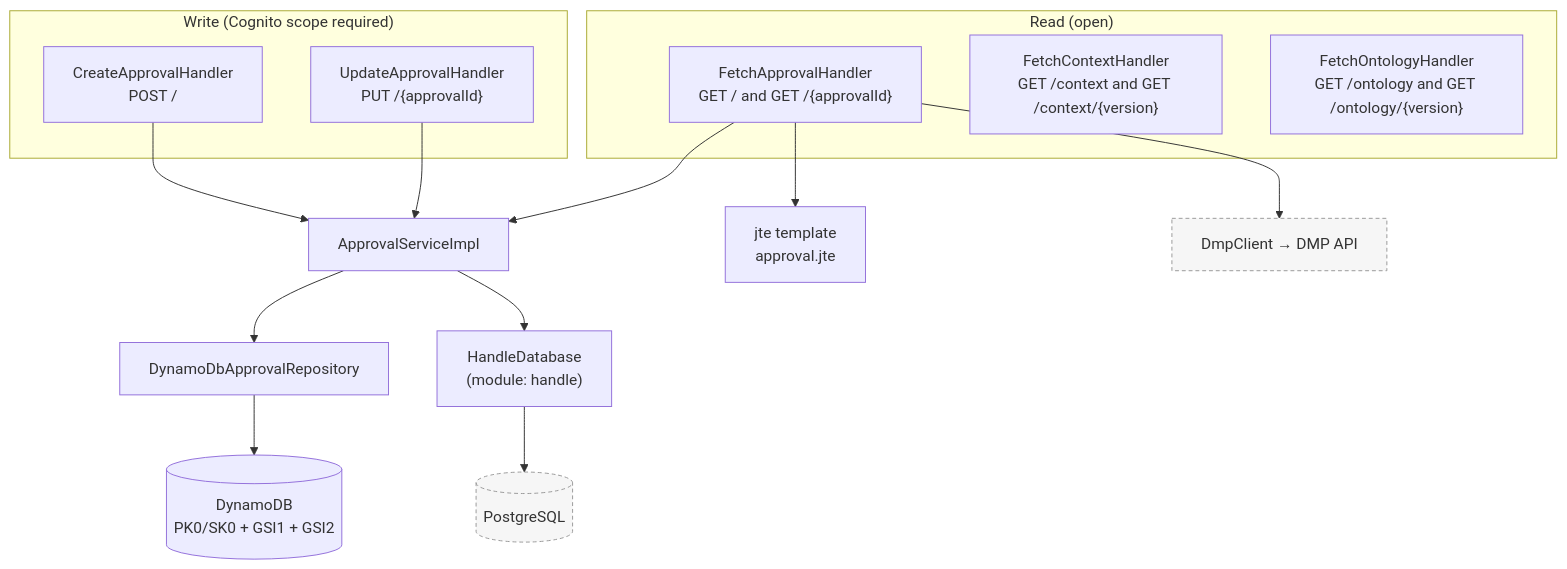
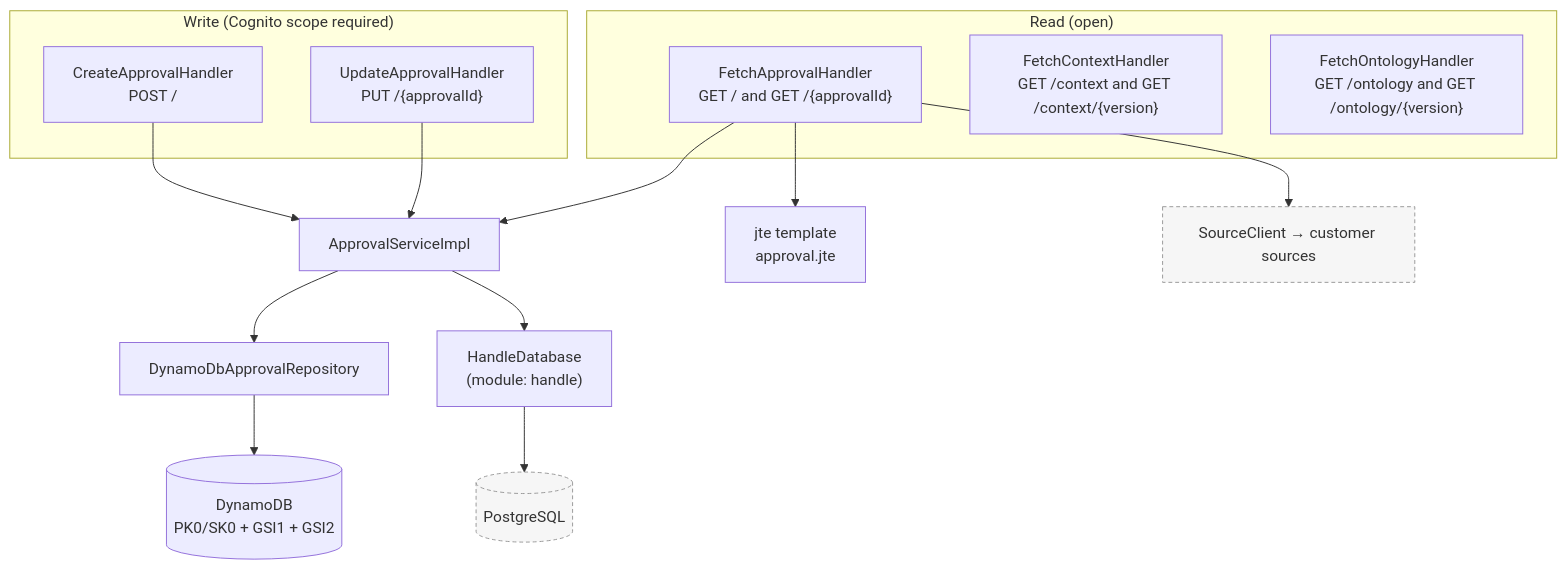
One commit to BIBSYSDEV/nva-handle-service changed the first of 3 diagrams in approvals/README.md. Above: the diagram before and after it, drawn with Mermaid. The commit also changed other lines of this file and 27 other files, not shown here.

First line of the commit message:
feat(approvals): fetch sources through one client using the customer's source config #NP-51912 (#107)

````diff
--- a/approvals/README.md
+++ b/approvals/README.md
@@ -12,28 +12,28 @@
 ```mermaid
 flowchart TB
     subgraph write["Write (Cognito scope required)"]
         CA["CreateApprovalHandler<br/>POST /"]
         UA["UpdateApprovalHandler<br/>PUT /{approvalId}"]
     end
 
     subgraph read["Read (open)"]
         FA["FetchApprovalHandler<br/>GET / and GET /{approvalId}"]
         FC["FetchContextHandler<br/>GET /context and GET /context/{version}"]
         FO["FetchOntologyHandler<br/>GET /ontology and GET /ontology/{version}"]
     end
 
     CA --> SVC["ApprovalServiceImpl"]
     UA --> SVC
     FA --> SVC
 
     SVC --> REPO["DynamoDbApprovalRepository"]
     SVC --> HDB["HandleDatabase<br/>(module: handle)"]
     HDB --> PG[("PostgreSQL")]
     REPO --> DDB[("DynamoDB<br/>PK0/SK0 + GSI1 + GSI2")]
 
     FA --> JTE["jte template<br/>approval.jte"]
-    FA --> DMP["DmpClient → DMP API"]
+    FA --> DMP["SourceClient → customer sources"]
 
     classDef ext fill:#f6f6f6,stroke:#999,stroke-dasharray: 4 3
     class PG,DMP ext
 ```
````
